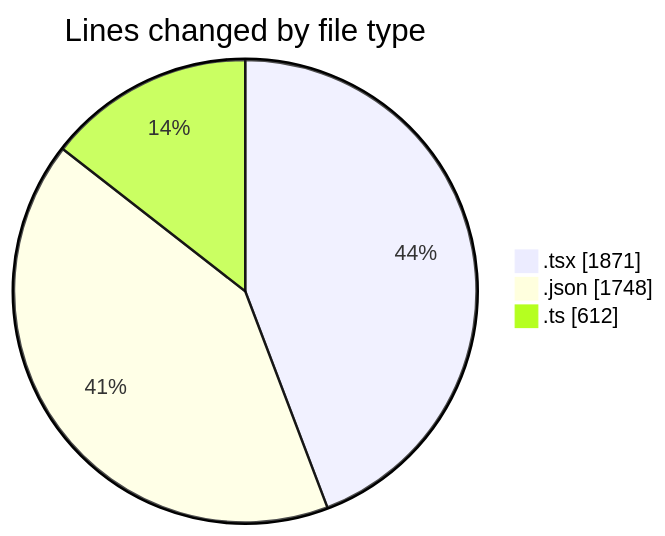
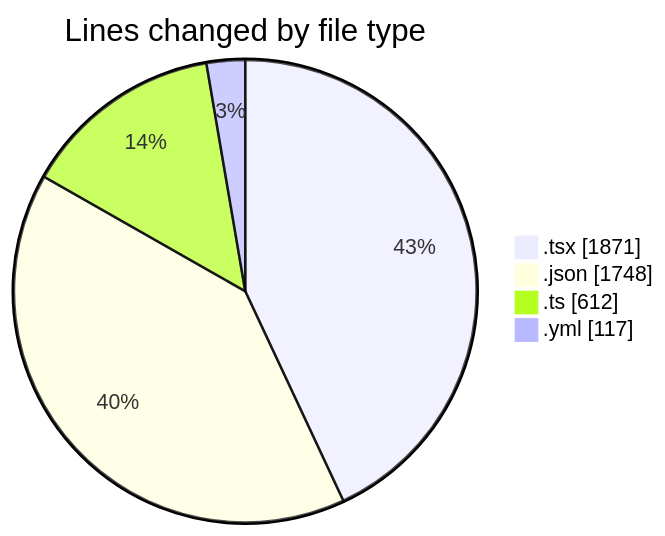
The first of 2 diagrams in 2025-10-30/eventscop-frontend-guide__workspace_/README.md (julien-gomy/code-tracking), drawn with Mermaid before and after one commit. The commit also changed other lines of this file and 1 other file, not shown here.

````diff
--- a/2025-10-30/eventscop-frontend-guide__workspace_/README.md
+++ b/2025-10-30/eventscop-frontend-guide__workspace_/README.md
@@ -39,7 +40,8 @@
 ```mermaid
 pie showData
 title Lines changed by file type
 ".tsx" : 1871
 ".json" : 1748
 ".ts" : 612
+".yml" : 117
 ```
````
